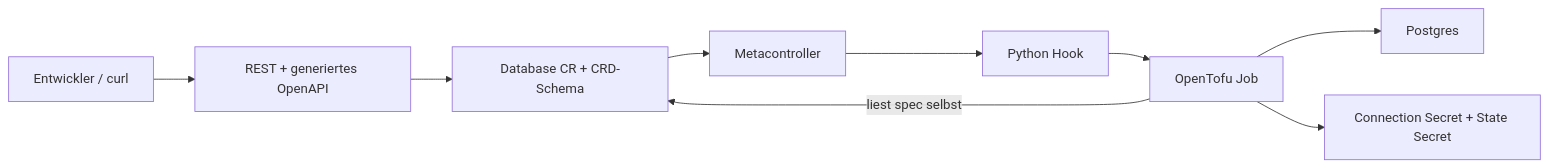
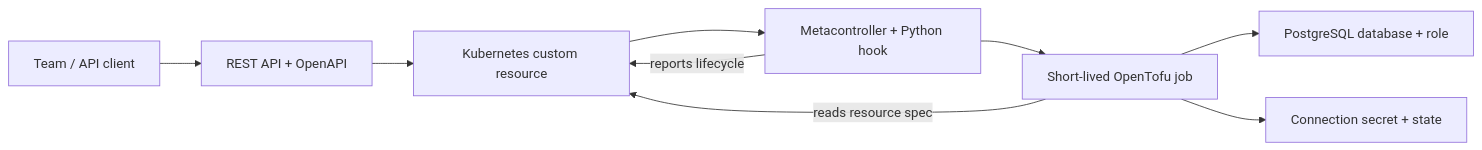
One commit to hingst-it/panko changed the diagram in README.md. Above: the diagram before and after it, drawn with Mermaid. The commit also changed other lines of this file and 36 other files, not shown here.

````diff
--- a/README.md
+++ b/README.md
@@ -5,11 +38,11 @@
 ```mermaid
 flowchart LR
-  Dev[Entwickler / curl] --> Gateway[REST + generiertes OpenAPI]
-  Gateway --> CR[Database CR + CRD-Schema]
-  CR --> Meta[Metacontroller]
-  Meta --> Hook[Python Hook]
-  Hook --> Job[OpenTofu Job]
-  Job -->|liest spec selbst| CR
-  Job --> PG[Postgres]
-  Job --> Secret[Connection Secret + State Secret]
+  Team[Team / API client] --> Gateway[REST API + OpenAPI]
+  Gateway --> CR[Kubernetes custom resource]
+  CR --> Controller[Metacontroller + Python hook]
+  Controller --> Job[Short-lived OpenTofu job]
+  Job -->|reads resource spec| CR
+  Job --> Infrastructure[PostgreSQL database + role]
+  Job --> Secrets[Connection secret + state]
+  Controller -->|reports lifecycle| CR
 ```
````
